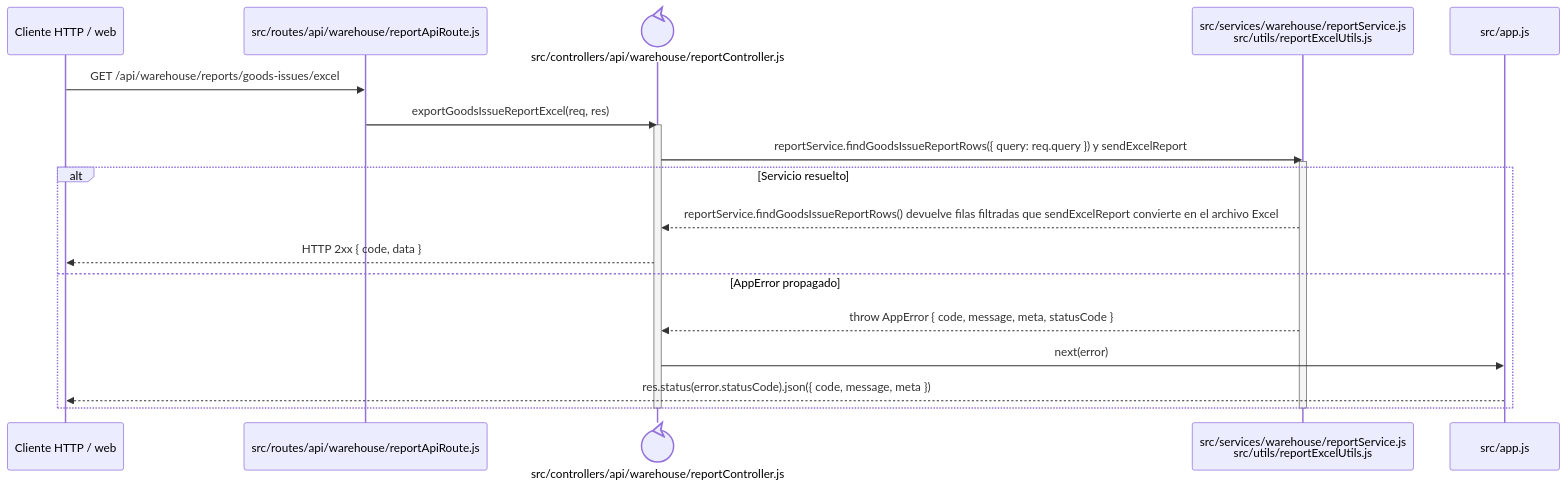
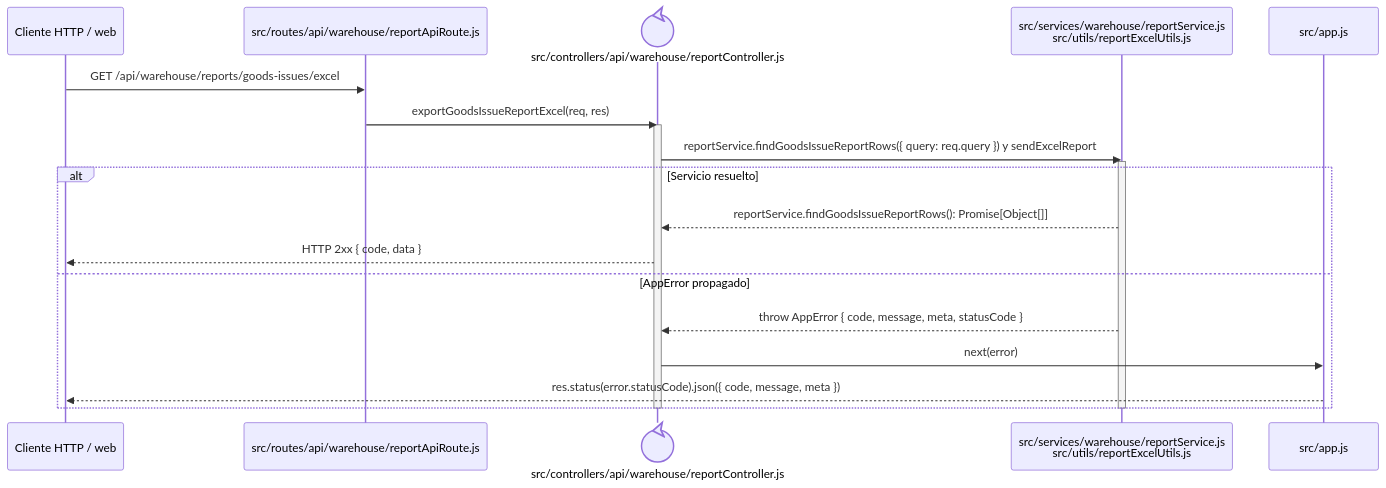
Before and after one commit to gpgsistemas01/nexus: the diagram in docs/architecture/backend-code-sequences/issues/cu-sal-07.md, drawn with Mermaid. The commit also changed 146 other files, not shown here.

````diff
--- a/docs/architecture/backend-code-sequences/issues/cu-sal-07.md
+++ b/docs/architecture/backend-code-sequences/issues/cu-sal-07.md
@@ -6,24 +6,24 @@
 ```mermaid
 sequenceDiagram
     participant Client as Cliente HTTP / web
     participant Route as src/routes/api/warehouse/reportApiRoute.js
     participant Controller@{ "type": "control" } as src/controllers/api/warehouse/reportController.js
     participant Domain as src/services/warehouse/reportService.js<br/>src/utils/reportExcelUtils.js
     participant ErrorHandler as src/app.js
 
     Client->>Route: GET /api/warehouse/reports/goods-issues/excel
     Route->>Controller: exportGoodsIssueReportExcel(req, res)
     activate Controller
     Controller->>Domain: reportService.findGoodsIssueReportRows({ query: req.query }) y sendExcelReport
     activate Domain
     alt Servicio resuelto
-        Domain-->>Controller: reportService.findGoodsIssueReportRows() devuelve filas filtradas que sendExcelReport convierte en el archivo Excel
+        Domain-->>Controller: reportService.findGoodsIssueReportRows(): Promise[Object[]]
         Controller-->>Client: HTTP 2xx { code, data }
     else AppError propagado
         Domain-->>Controller: throw AppError { code, message, meta, statusCode }
         Controller->>ErrorHandler: next(error)
         ErrorHandler-->>Client: res.status(error.statusCode).json({ code, message, meta })
     end
     deactivate Domain
     deactivate Controller
 ```
````
